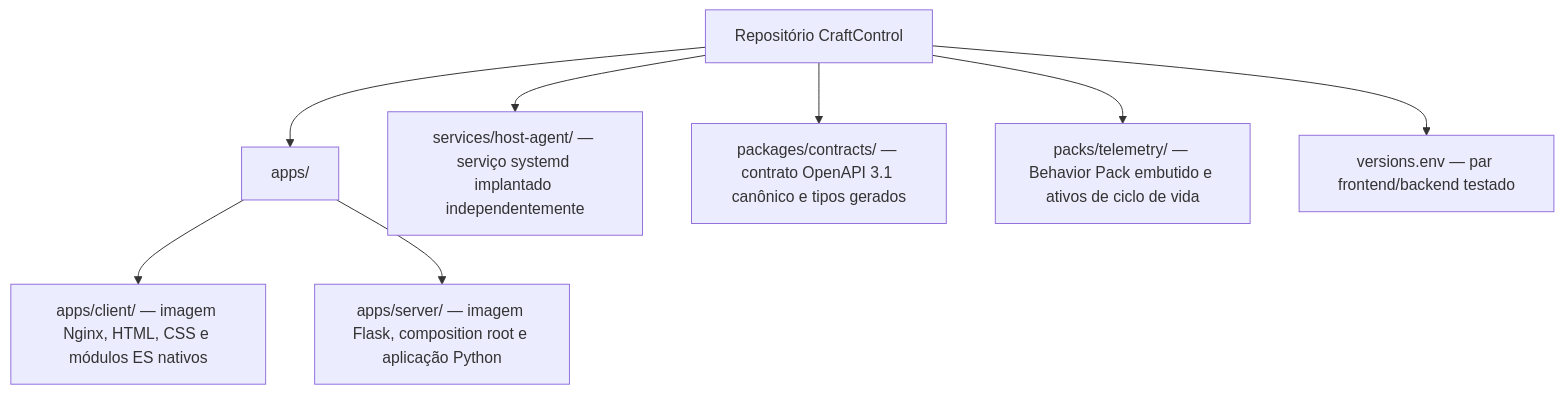
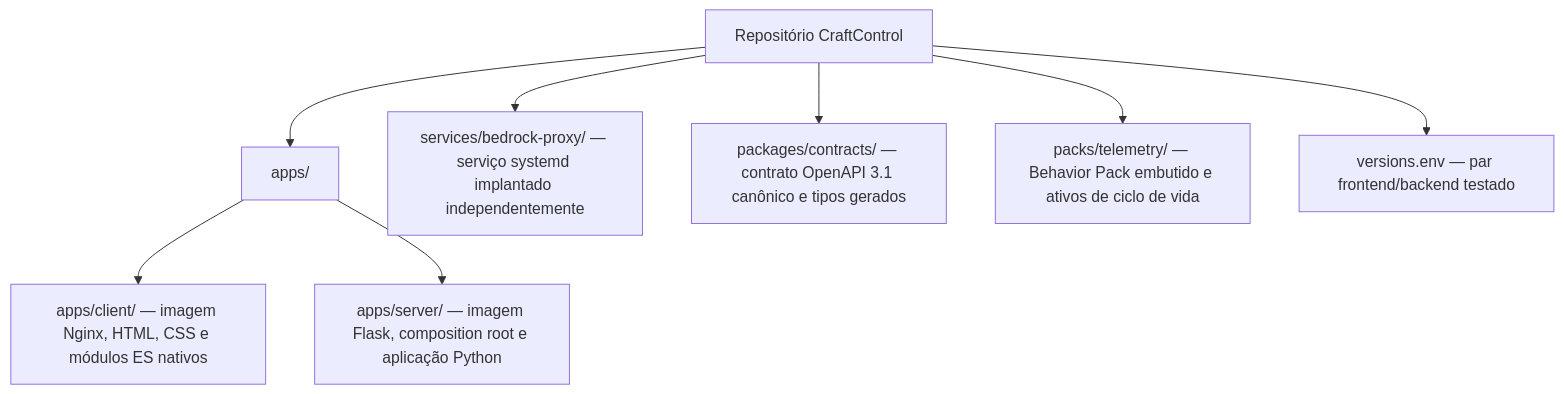
Before and after one commit to dgaramos/craftcontrol: the second of 5 diagrams in README.pt-BR.md, drawn with Mermaid. The commit also changed 88 other files, not shown here.

First line of the commit message:
refactor(host-agent): rename service directory to bedrock-proxy

````diff
--- a/README.pt-BR.md
+++ b/README.pt-BR.md
@@ -93,10 +93,10 @@
 ```mermaid
 flowchart TD
     repo["Repositório CraftControl"] --> apps["apps/"]
     apps --> frontend["apps/client/ — imagem Nginx, HTML, CSS e módulos ES nativos"]
     apps --> backend["apps/server/ — imagem Flask, composition root e aplicação Python"]
-    repo --> services["services/host-agent/ — serviço systemd implantado independentemente"]
+    repo --> services["services/bedrock-proxy/ — serviço systemd implantado independentemente"]
     repo --> contracts["packages/contracts/ — contrato OpenAPI 3.1 canônico e tipos gerados"]
     repo --> telemetry["packs/telemetry/ — Behavior Pack embutido e ativos de ciclo de vida"]
     repo --> versions["versions.env — par frontend/backend testado"]
 ```
````
